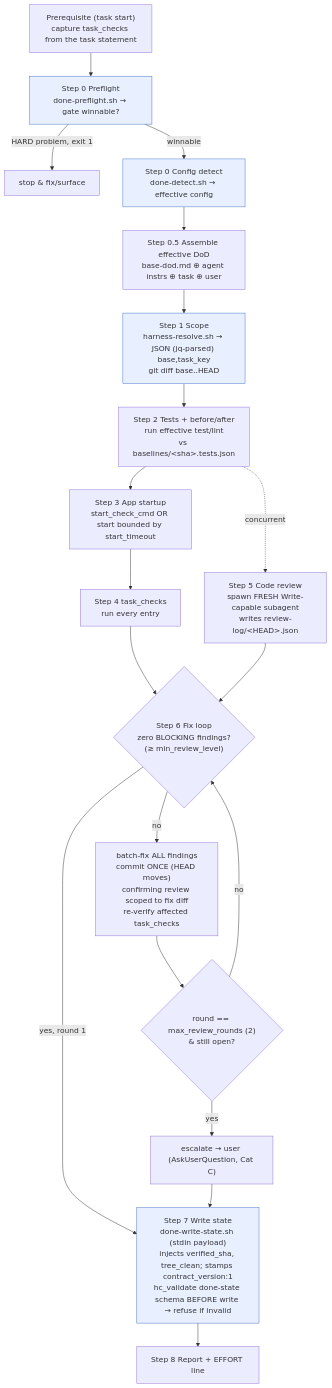
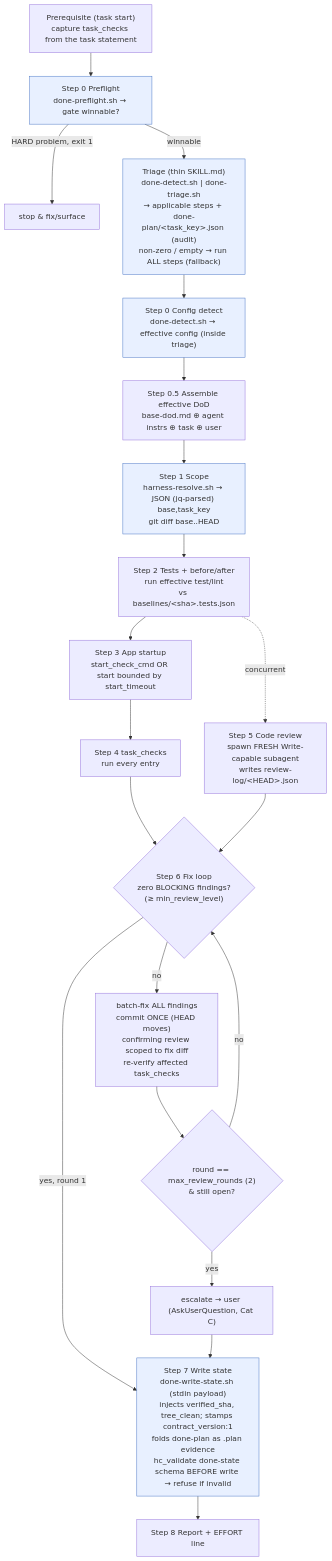
One commit to pehota/harlo changed the third of 10 diagrams in docs/architecture.md. Above: the diagram before and after it, drawn with Mermaid. The commit also changed other lines of this file and 2 other files, not shown here.

Commit message:
docs(harness): re-sync architecture/design/READMEs to current gate, FSM, coverage, triage, validator

````diff
--- a/docs/architecture.md
+++ b/docs/architecture.md
@@ -195,24 +217,25 @@
 ```mermaid
 flowchart TD
   P["Prerequisite (task start)<br/>capture task_checks from the task statement"] --> S0PF
   S0PF["Step 0 Preflight<br/>done-preflight.sh → gate winnable?"] -->|HARD problem, exit 1| STOP["stop & fix/surface"]
-  S0PF -->|winnable| S0["Step 0 Config detect<br/>done-detect.sh → effective config"]
+  S0PF -->|winnable| TRI["Triage (thin SKILL.md)<br/>done-detect.sh | done-triage.sh<br/>→ applicable steps + done-plan/&lt;task_key&gt;.json (audit)<br/>non-zero / empty → run ALL steps (fallback)"]
+  TRI --> S0["Step 0 Config detect<br/>done-detect.sh → effective config (inside triage)"]
   S0 --> S05["Step 0.5 Assemble effective DoD<br/>base-dod.md ⊕ agent instrs ⊕ task ⊕ user"]
   S05 --> S1["Step 1 Scope<br/>harness-resolve.sh → JSON (jq-parsed) base,task_key<br/>git diff base..HEAD"]
   S1 --> S2["Step 2 Tests + before/after<br/>run effective test/lint<br/>vs baselines/&lt;sha&gt;.tests.json"]
   S2 --> S3["Step 3 App startup<br/>start_check_cmd OR start bounded by start_timeout"]
   S3 --> S4["Step 4 task_checks<br/>run every entry"]
   S2 -.concurrent.-> S5["Step 5 Code review<br/>spawn FRESH Write-capable subagent<br/>writes review-log/&lt;HEAD&gt;.json"]
   S4 --> S6
   S5 --> S6{"Step 6 Fix loop<br/>zero BLOCKING findings?<br/>(≥ min_review_level)"}
   S6 -->|yes, round 1| S7
   S6 -->|no| FIX["batch-fix ALL findings<br/>commit ONCE (HEAD moves)<br/>confirming review scoped to fix diff<br/>re-verify affected task_checks"]
   FIX --> CAP{"round == max_review_rounds (2)<br/>& still open?"}
   CAP -->|no| S6
   CAP -->|yes| ESC["escalate → user (AskUserQuestion, Cat C)"]
   ESC --> S7
-  S7["Step 7 Write state<br/>done-write-state.sh (stdin payload)<br/>injects verified_sha, tree_clean; stamps contract_version:1<br/>hc_validate done-state schema BEFORE write → refuse if invalid"] --> S8["Step 8 Report + EFFORT line"]
+  S7["Step 7 Write state<br/>done-write-state.sh (stdin payload)<br/>injects verified_sha, tree_clean; stamps contract_version:1<br/>folds done-plan as .plan evidence<br/>hc_validate done-state schema BEFORE write → refuse if invalid"] --> S8["Step 8 Report + EFFORT line"]
 
   classDef script fill:#e8f0ff,stroke:#4472c4;
-  class S0PF,S0,S1,S7 script;
+  class S0PF,TRI,S0,S1,S7 script;
 ```
````
